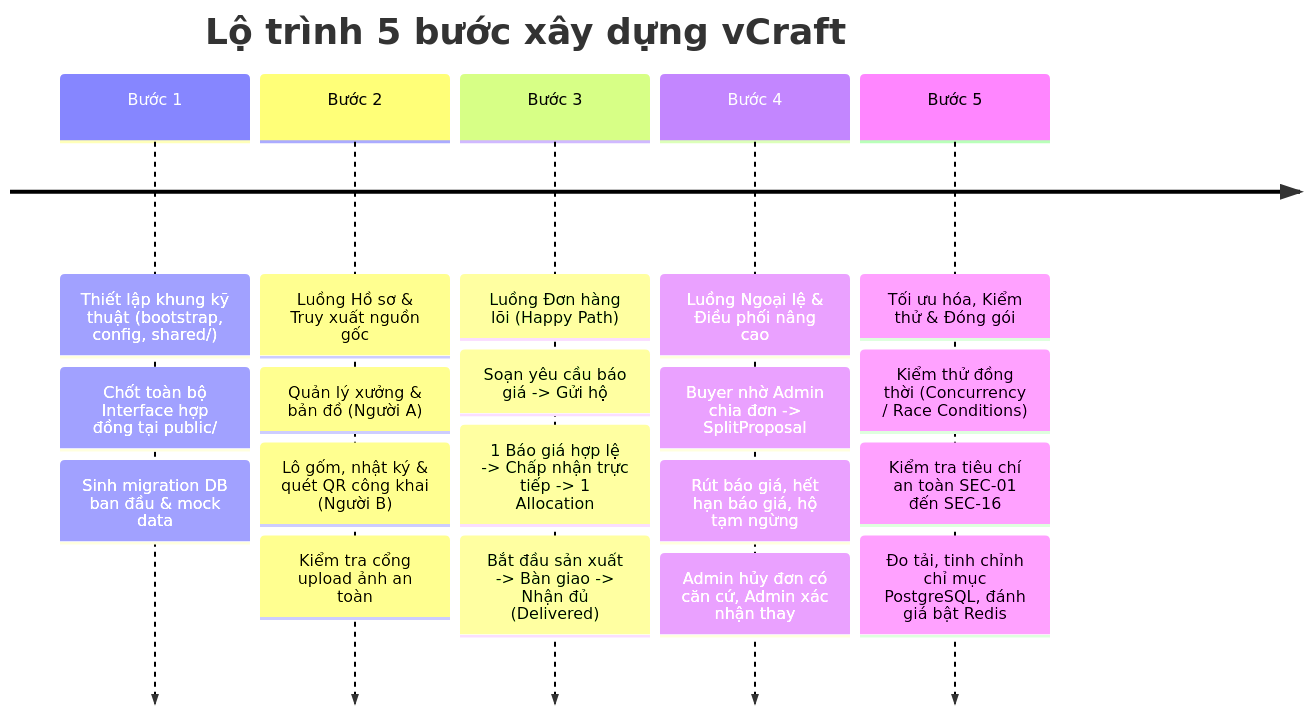
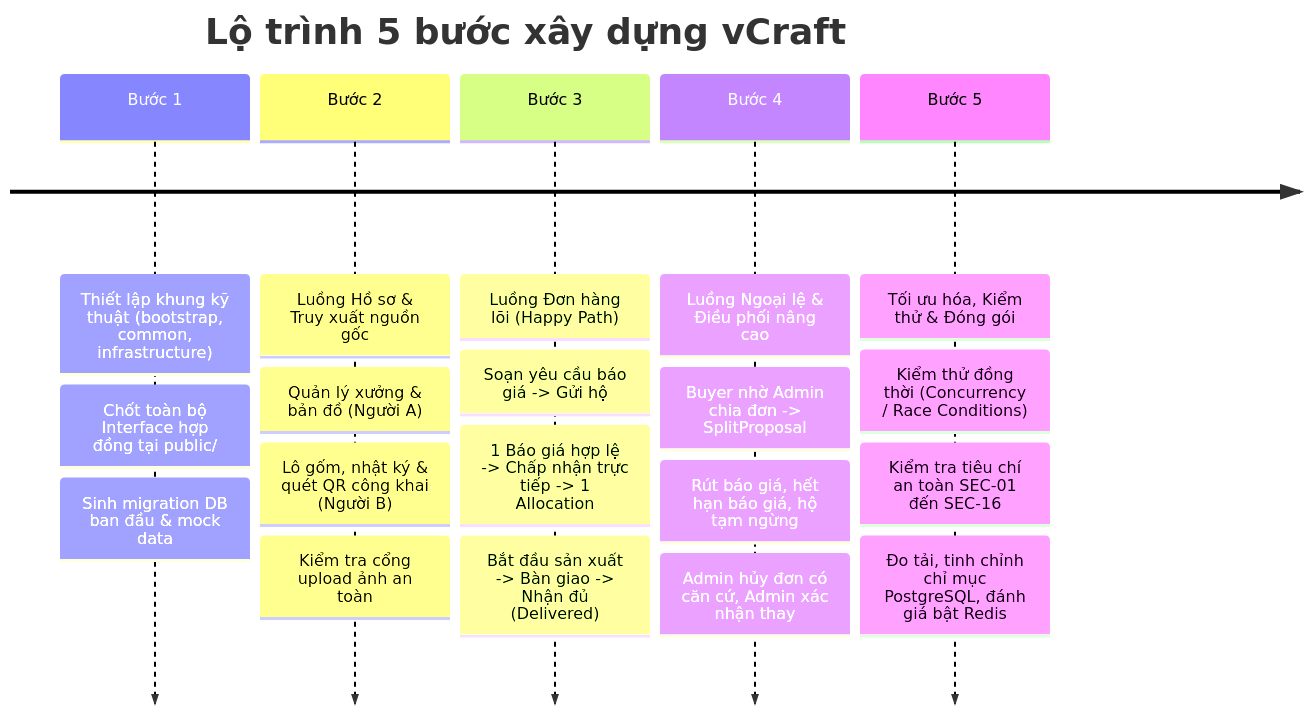
The fifth of 5 diagrams in docs/04-architecture/architecture-overview.md (HUY-TD16/vCraft), drawn with Mermaid before and after one commit. The commit also changed other lines of this file and 2 other files, not shown here.

Commit message:
update security and architecture docs

````diff
--- a/docs/04-architecture/architecture-overview.md
+++ b/docs/04-architecture/architecture-overview.md
@@ -310,9 +439,9 @@
 ```mermaid
 timeline
     title Lộ trình 5 bước xây dựng vCraft
-    Bước 1 : Thiết lập khung kỹ thuật (bootstrap, config, shared/) : Chốt toàn bộ Interface hợp đồng tại public/ : Sinh migration DB ban đầu & mock data
+    Bước 1 : Thiết lập khung kỹ thuật (bootstrap, common, infrastructure) : Chốt toàn bộ Interface hợp đồng tại public/ : Sinh migration DB ban đầu & mock data
     Bước 2 : Luồng Hồ sơ & Truy xuất nguồn gốc : Quản lý xưởng & bản đồ (Người A) : Lô gốm, nhật ký & quét QR công khai (Người B) : Kiểm tra cổng upload ảnh an toàn
     Bước 3 : Luồng Đơn hàng lõi (Happy Path) : Soạn yêu cầu báo giá -> Gửi hộ : 1 Báo giá hợp lệ -> Chấp nhận trực tiếp -> 1 Allocation : Bắt đầu sản xuất -> Bàn giao -> Nhận đủ (Delivered)
     Bước 4 : Luồng Ngoại lệ & Điều phối nâng cao : Buyer nhờ Admin chia đơn -> SplitProposal : Rút báo giá, hết hạn báo giá, hộ tạm ngừng : Admin hủy đơn có căn cứ, Admin xác nhận thay
     Bước 5 : Tối ưu hóa, Kiểm thử & Đóng gói : Kiểm thử đồng thời (Concurrency / Race Conditions) : Kiểm tra tiêu chí an toàn SEC-01 đến SEC-16 : Đo tải, tinh chỉnh chỉ mục PostgreSQL, đánh giá bật Redis
 ```
````
